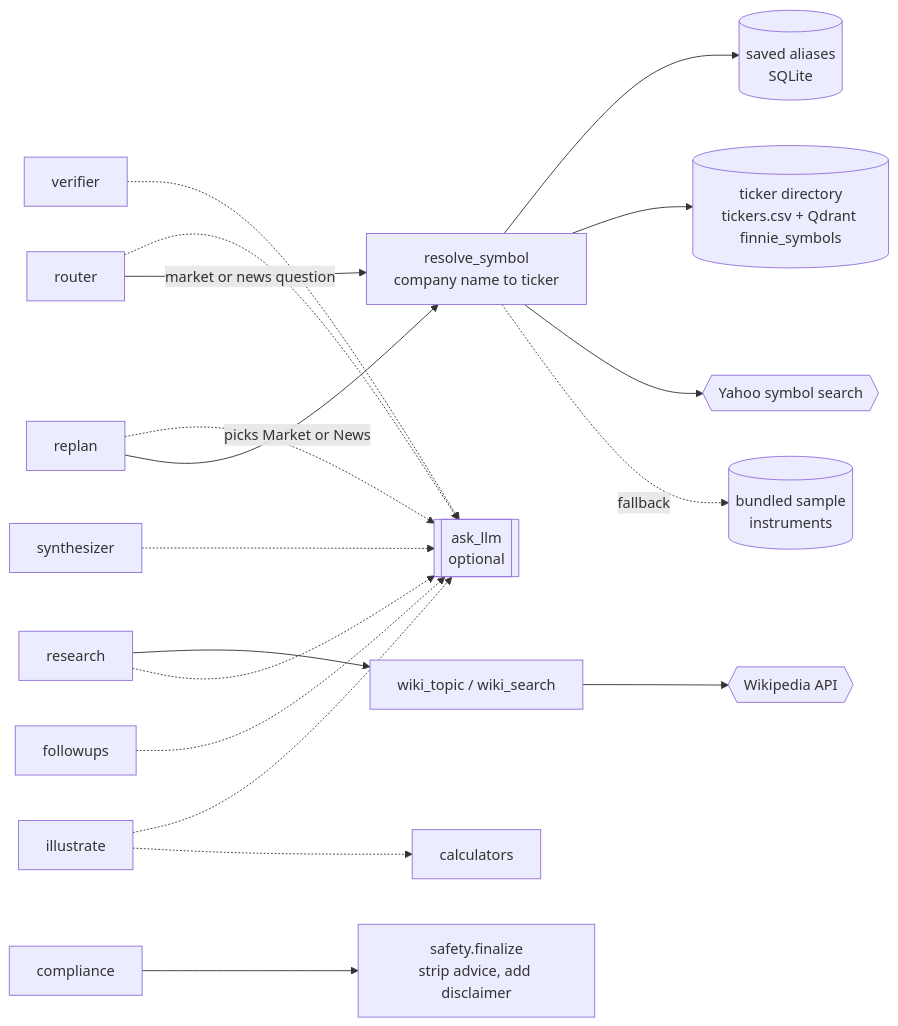
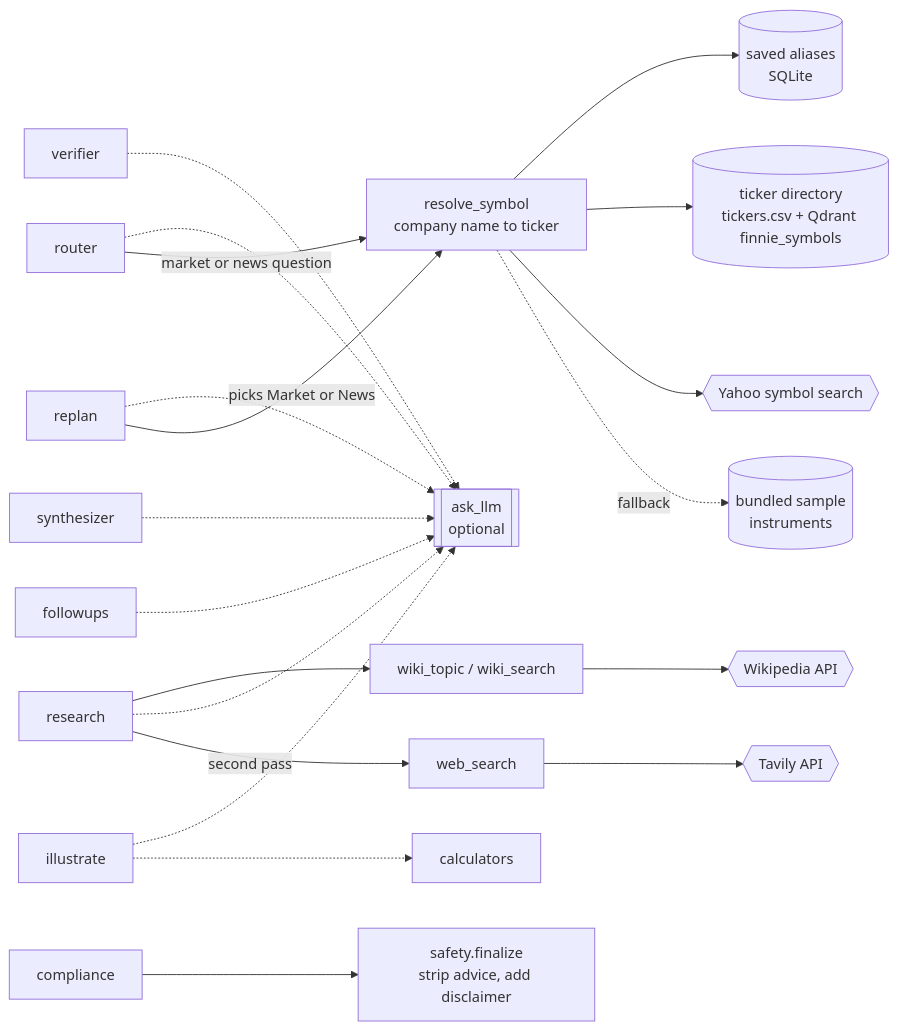
One commit to kyloop/AI-Finance-Assistant changed the second of 2 diagrams in mds/agent-tools.md. Above: the diagram before and after it, drawn with Mermaid. The commit also changed other lines of this file and 9 other files, not shown here.

First line of the commit message:
Add Tavily web search as Research's last resort

````diff
--- a/mds/agent-tools.md
+++ b/mds/agent-tools.md
@@ -98,21 +98,23 @@
 ```mermaid
 flowchart LR
     router[router] -.-> ask_llm[[ask_llm<br/>optional]]
     router -->|market or news question| resolve_symbol[resolve_symbol<br/>company name to ticker]
     resolve_symbol --> aliases[(saved aliases<br/>SQLite)]
     resolve_symbol --> directory[(ticker directory<br/>tickers.csv + Qdrant finnie_symbols)]
     resolve_symbol --> yahoo{{Yahoo symbol search}}
     resolve_symbol -.fallback.-> sample[(bundled sample<br/>instruments)]
 
     verifier[verifier] -.-> ask_llm
     replan[replan] -.-> ask_llm
     replan -->|picks Market or News| resolve_symbol
     research[research] --> wiki[wiki_topic / wiki_search]
     research -.-> ask_llm
     wiki --> wikipedia{{Wikipedia API}}
+    research -->|second pass| websearch[web_search]
+    websearch --> tavily{{Tavily API}}
     illustrate[illustrate] -.-> ask_llm
     illustrate -.-> calculators[calculators]
     synthesizer[synthesizer] -.-> ask_llm
     followups[followups] -.-> ask_llm
     compliance[compliance] --> finalize[safety.finalize<br/>strip advice, add disclaimer]
 ```
````
